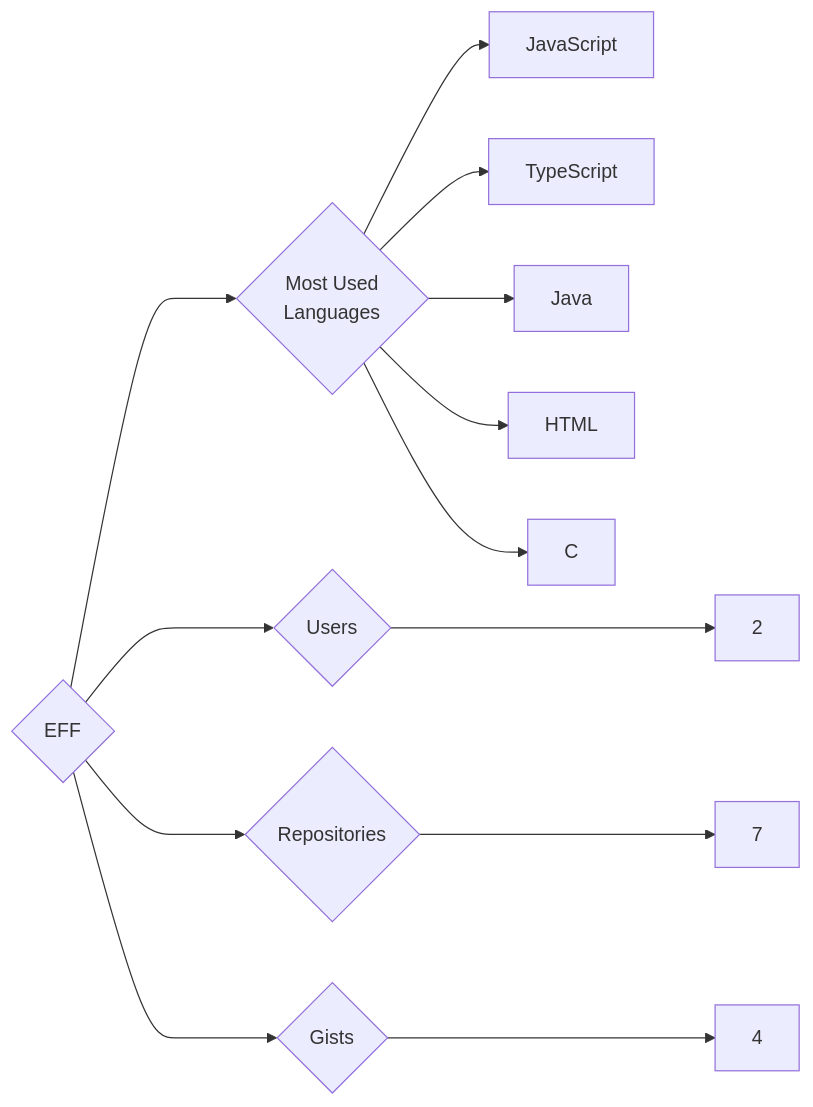
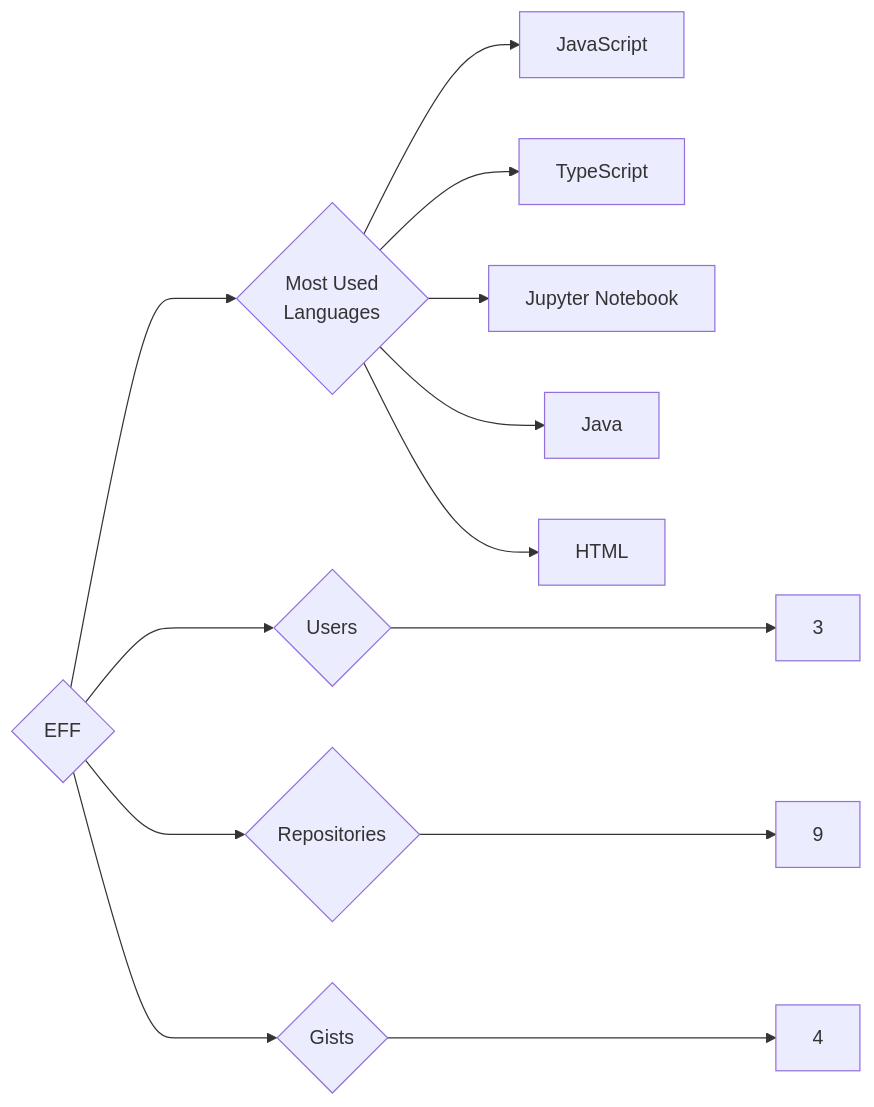
The diagram in targets/EFF/README.md (trickest/insiders), drawn with Mermaid before and after one commit. The commit also changed 1055 other files, not shown here.

````diff
--- a/targets/EFF/README.md
+++ b/targets/EFF/README.md
@@ -3,13 +3,13 @@
 ```mermaid
 graph LR
 COMPANY_NAME{EFF}
-COMPANY_NAME ---> U{Users} ---> UN[2]
-COMPANY_NAME ---> R{Repositories} ---> RN[7]
+COMPANY_NAME ---> U{Users} ---> UN[3]
+COMPANY_NAME ---> R{Repositories} ---> RN[9]
 COMPANY_NAME ---> G{Gists} ---> GN[4]
 COMPANY_NAME ---> ML{Most Used<br>Languages}
 ML --> JavaScript[JavaScript]
 ML --> TypeScript[TypeScript]
+ML --> Jupyter_Notebook[Jupyter Notebook]
 ML --> Java[Java]
 ML --> HTML[HTML]
-ML --> C[C]
 ```
````
